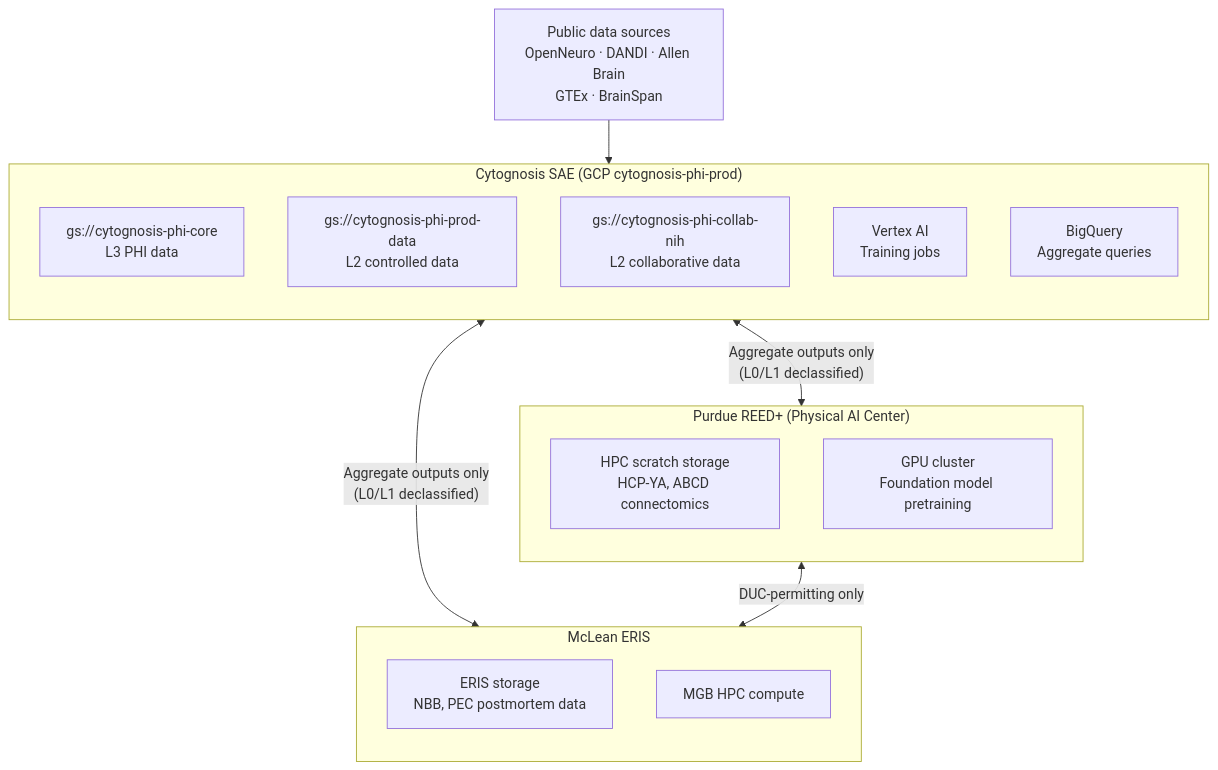
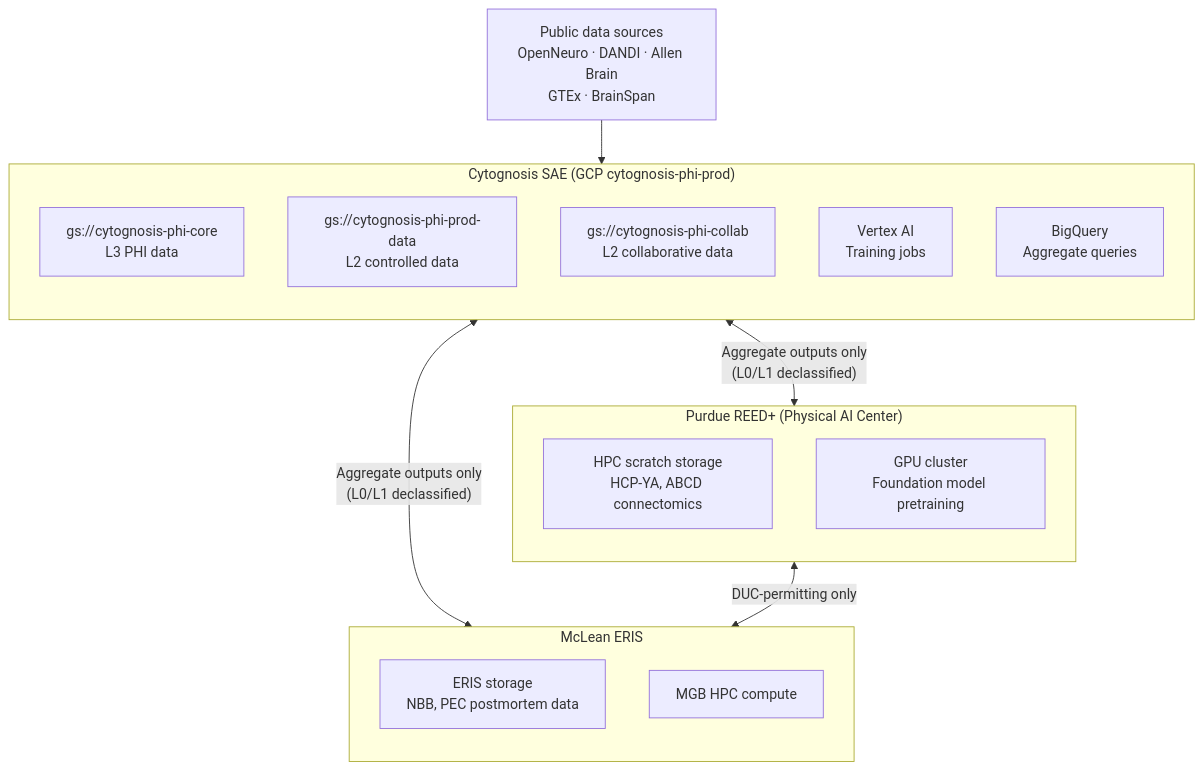
Before and after one commit to cytognosis/docs: the diagram in 05-Research/neuroverse/infrastructure.md, drawn with Mermaid. The commit also changed other lines of this file and 145 other files, not shown here.

````diff
--- a/05-Research/neuroverse/infrastructure.md
+++ b/05-Research/neuroverse/infrastructure.md
@@ -12,30 +12,30 @@
 ```mermaid
 graph TB
     subgraph CYTOGNOSIS_SAE["Cytognosis SAE (GCP cytognosis-phi-prod)"]
         direction TB
         PHI_CORE["gs://cytognosis-phi-core<br/>L3 PHI data"]
         PHI_DATA["gs://cytognosis-phi-prod-data<br/>L2 controlled data"]
-        PHI_COLLAB["gs://cytognosis-phi-collab-nih<br/>L2 collaborative data"]
+        PHI_COLLAB["gs://cytognosis-phi-collab<br/>L2 collaborative data"]
         VERTEX["Vertex AI<br/>Training jobs"]
         BQ["BigQuery<br/>Aggregate queries"]
     end
 
     subgraph PURDUE_SAE["Purdue REED+ (Physical AI Center)"]
         direction TB
         REED_STORAGE["HPC scratch storage<br/>HCP-YA, ABCD connectomics"]
         REED_COMPUTE["GPU cluster<br/>Foundation model pretraining"]
     end
 
     subgraph MCLEAN_SAE["McLean ERIS"]
         direction TB
         ERIS_STORAGE["ERIS storage<br/>NBB, PEC postmortem data"]
         ERIS_COMPUTE["MGB HPC compute"]
     end
 
     CYTOGNOSIS_SAE <-->|"Aggregate outputs only<br/>(L0/L1 declassified)"| PURDUE_SAE
     CYTOGNOSIS_SAE <-->|"Aggregate outputs only<br/>(L0/L1 declassified)"| MCLEAN_SAE
     PURDUE_SAE <-->|"DUC-permitting only"| MCLEAN_SAE
 
     PUBLIC_DATA["Public data sources<br/>OpenNeuro · DANDI · Allen Brain<br/>GTEx · BrainSpan"]
     PUBLIC_DATA --> CYTOGNOSIS_SAE
 ```
````
